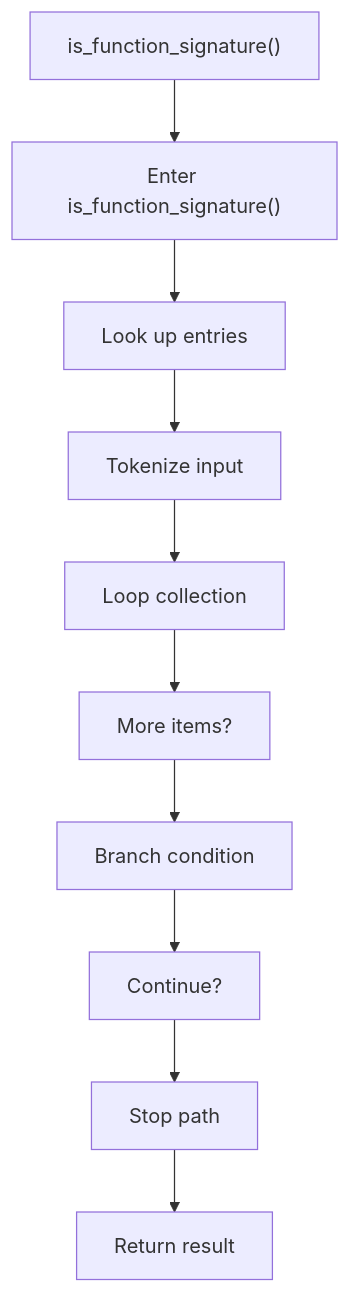
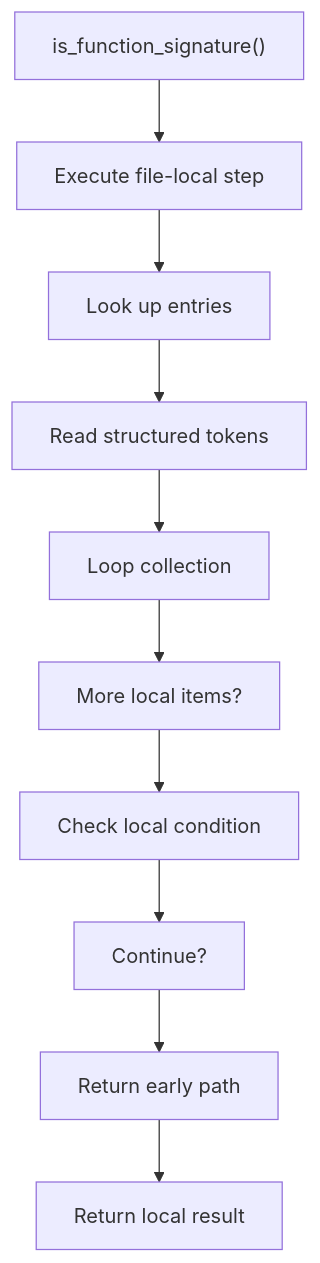
One commit to JohnAndrewBalbarosa/NeoTerritory changed the first of 2 diagrams in docs/Codebase/Microservice/Modules/Source/Trees/ClassGeneration/Actual/Internal/Statement/Flow/functions/is_function_signature.cpp.md. Above: the diagram before and after it, drawn with Mermaid. The commit also changed other lines of this file and 915 other files, not shown here.

````diff
--- a/docs/Codebase/Microservice/Modules/Source/Trees/ClassGeneration/Actual/Internal/Statement/Flow/functions/is_function_signature.cpp.md
+++ b/docs/Codebase/Microservice/Modules/Source/Trees/ClassGeneration/Actual/Internal/Statement/Flow/functions/is_function_signature.cpp.md
@@ -26,22 +26,22 @@
 ```mermaid
 flowchart TD
     N0["is_function_signature()"]
-    N1["Enter is_function_signature()"]
+    N1["Execute file-local step"]
     N2["Look up entries"]
-    N3["Tokenize input"]
+    N3["Read structured tokens"]
     N4["Loop collection"]
-    N5["More items?"]
-    N6["Branch condition"]
+    N5["More local items?"]
+    N6["Check local condition"]
     N7["Continue?"]
-    N8["Stop path"]
-    N9["Return result"]
+    N8["Return early path"]
+    N9["Return local result"]
     N0 --> N1
     N1 --> N2
     N2 --> N3
     N3 --> N4
     N4 --> N5
     N5 --> N6
     N6 --> N7
     N7 --> N8
     N8 --> N9
 ```
````
